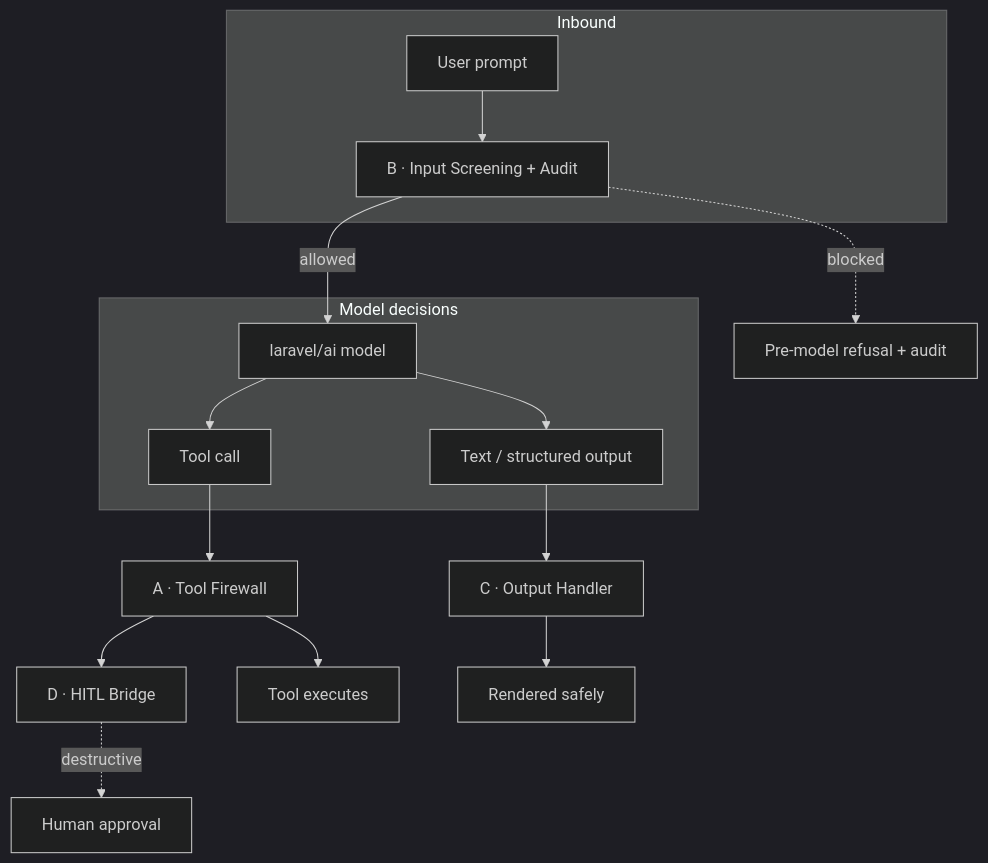
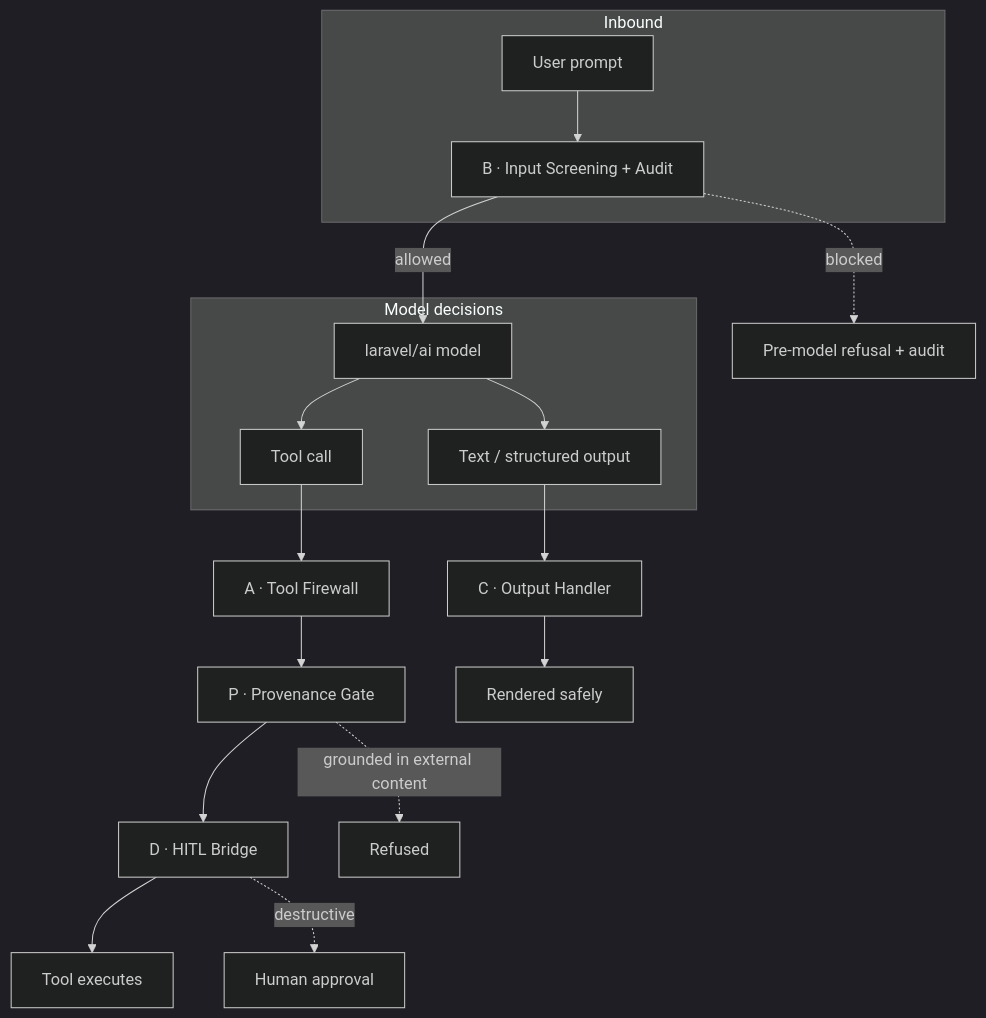
One commit to padosoft/laravel-ai-guardrails changed the diagram in docs-site/docs/controls/overview.md. Above: the diagram before and after it, drawn with Mermaid (dark theme). The commit also changed other lines of this file and 20 other files, not shown here.

````diff
--- a/docs-site/docs/controls/overview.md
+++ b/docs-site/docs/controls/overview.md
@@ -10,18 +12,20 @@
 ```mermaid
 flowchart TB
     subgraph Inbound
       P[User prompt] --> B[B · Input Screening + Audit]
     end
     B -->|allowed| LLM[laravel/ai model]
     B -.->|blocked| Refuse[Pre-model refusal + audit]
     subgraph Model decisions
       LLM --> TC[Tool call]
       LLM --> Txt[Text / structured output]
     end
     TC --> A[A · Tool Firewall]
-    A --> D[D · HITL Bridge]
+    A --> P2[P · Provenance Gate]
+    P2 --> D[D · HITL Bridge]
     Txt --> C[C · Output Handler]
-    A --> Run[Tool executes]
+    D --> Run[Tool executes]
+    P2 -.->|grounded in external content| Refuse2[Refused]
     D -.->|destructive| Approve[Human approval]
     C --> UI[Rendered safely]
 ```
````
